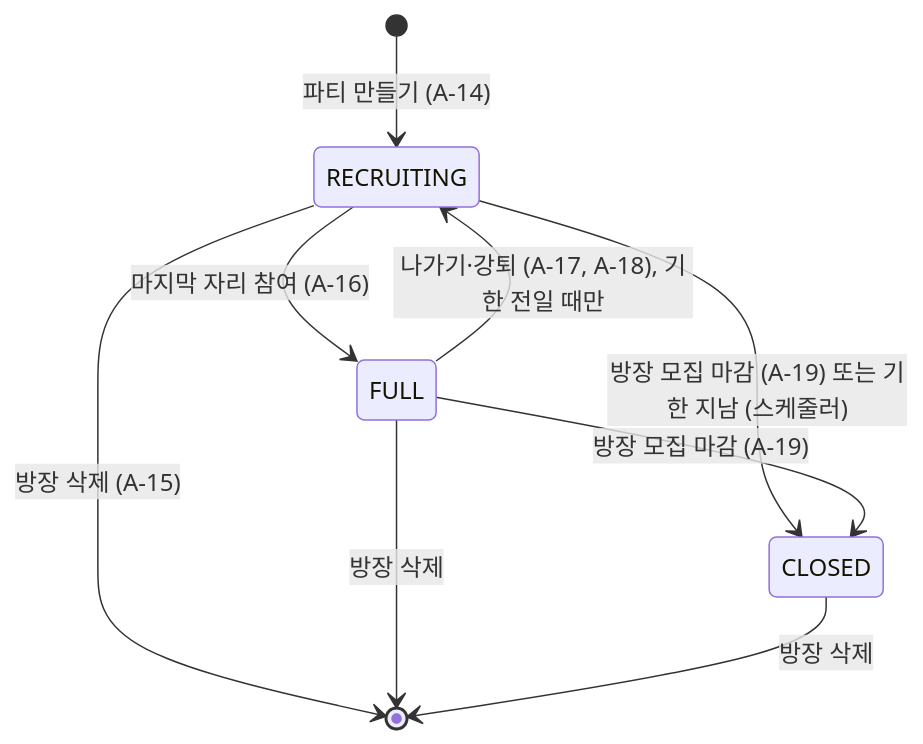
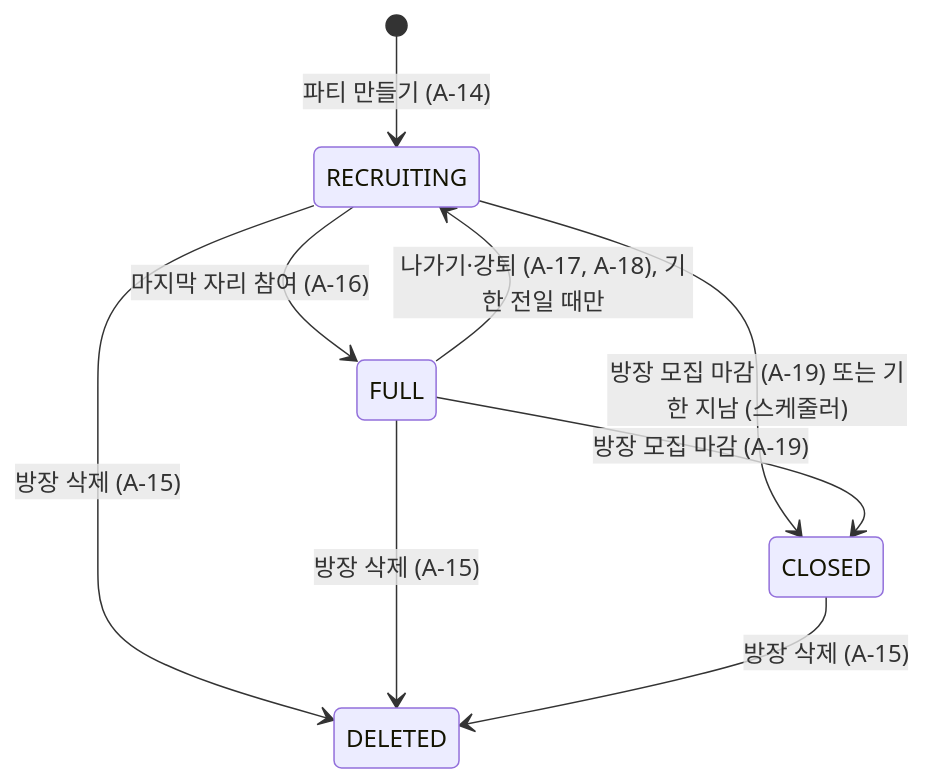
Before and after one commit to songheehee/escaplix-mockup-repository: the fourth of 4 diagrams in docs/ERD.md, drawn with Mermaid. The commit also changed other lines of this file and 2 other files, not shown here.

Commit message:
docs: 11/18 morning discussion reflected on ERD, API, and SQL.

````diff
--- a/docs/ERD.md
+++ b/docs/ERD.md
@@ -504,11 +499,11 @@
 ```mermaid
 stateDiagram-v2
     [*] --> RECRUITING: 파티 만들기 (A-14)
     RECRUITING --> FULL: 마지막 자리 참여 (A-16)
     FULL --> RECRUITING: 나가기·강퇴 (A-17, A-18), 기한 전일 때만
     RECRUITING --> CLOSED: 방장 모집 마감 (A-19) 또는 기한 지남 (스케줄러)
     FULL --> CLOSED: 방장 모집 마감 (A-19)
-    RECRUITING --> [*]: 방장 삭제 (A-15)
-    FULL --> [*]: 방장 삭제
-    CLOSED --> [*]: 방장 삭제
+    RECRUITING --> DELETED: 방장 삭제 (A-15)
+    FULL --> DELETED: 방장 삭제 (A-15)
+    CLOSED --> DELETED: 방장 삭제 (A-15)
 ```
````
